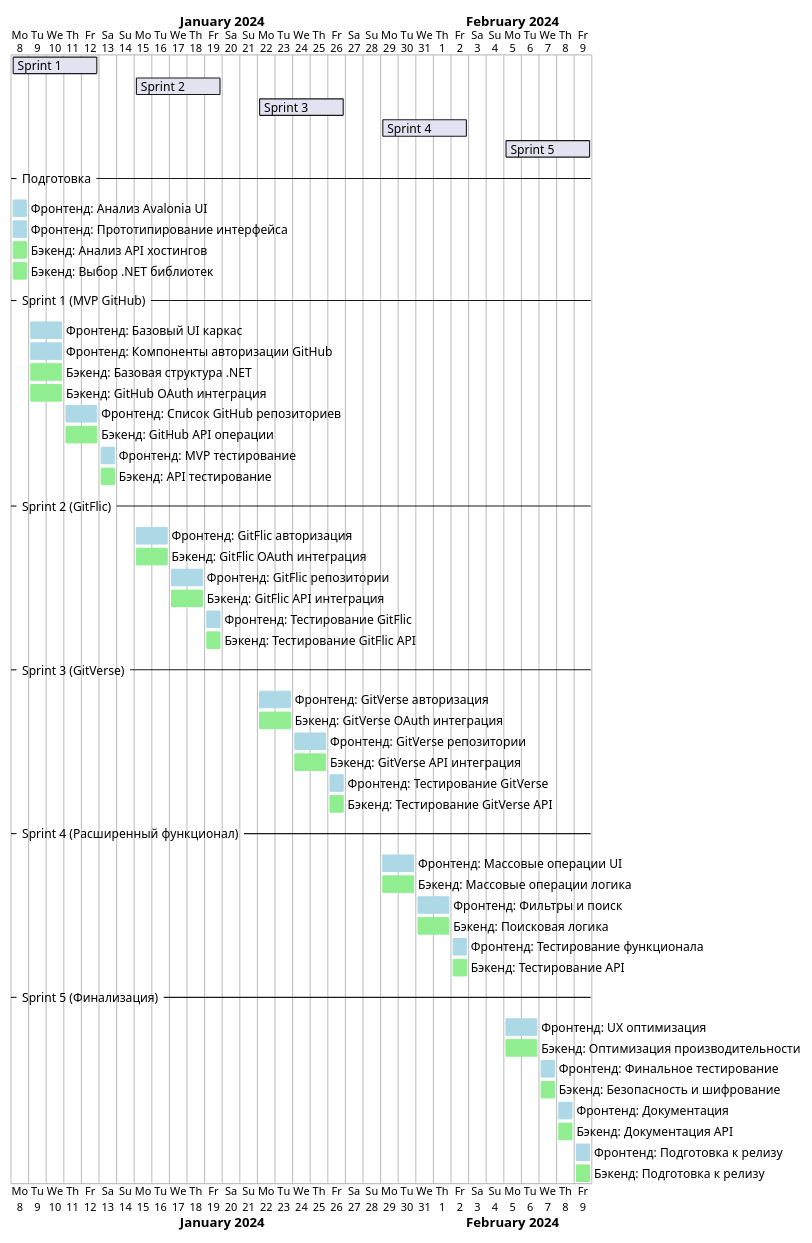
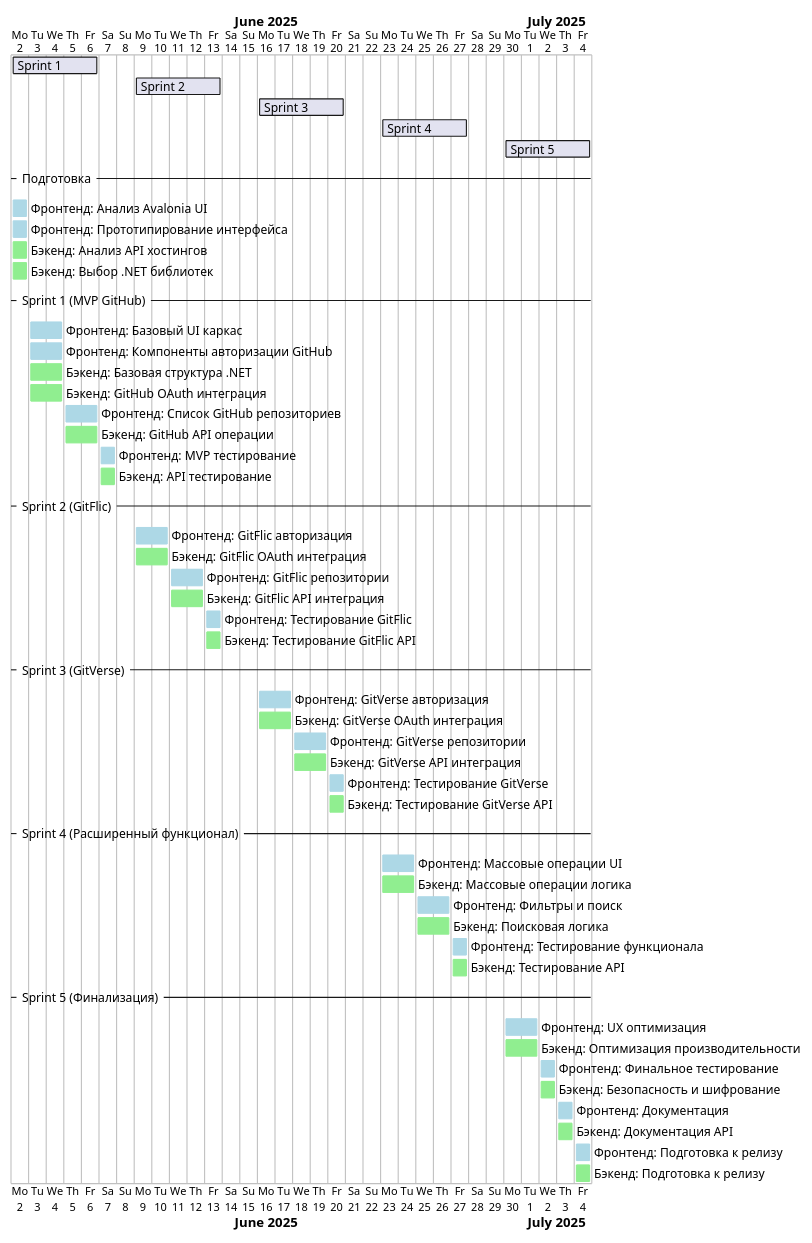
One commit to Hyakkkimaru/123 changed the diagram in Diagrams/gantt_diagram.puml. Above: the diagram before and after it, drawn with PlantUML.

Commit message:
fix diagrams

```diff
--- a/Diagrams/gantt_diagram.puml
+++ b/Diagrams/gantt_diagram.puml
@@ -1,100 +1,100 @@
 @startgantt
-project starts 2024-01-08
+project starts 2025-06-02
 
-[Sprint 1] starts 2024-01-08 and lasts 5 days
-[Sprint 2] starts 2024-01-15 and lasts 5 days
-[Sprint 3] starts 2024-01-22 and lasts 5 days
-[Sprint 4] starts 2024-01-29 and lasts 5 days
-[Sprint 5] starts 2024-02-05 and lasts 5 days
+[Sprint 1] starts 2025-06-02 and lasts 5 days
+[Sprint 2] starts 2025-06-09 and lasts 5 days
+[Sprint 3] starts 2025-06-16 and lasts 5 days
+[Sprint 4] starts 2025-06-23 and lasts 5 days
+[Sprint 5] starts 2025-06-30 and lasts 5 days
 
 -- Подготовка --
-[Фронтенд: Анализ Avalonia UI] as [UI1] starts 2024-01-08 and ends 2024-01-08
-[Фронтенд: Прототипирование интерфейса] as [UI2] starts 2024-01-08 and ends 2024-01-08
-[Бэкенд: Анализ API хостингов] as [L1] starts 2024-01-08 and ends 2024-01-08
-[Бэкенд: Выбор .NET библиотек] as [L2] starts 2024-01-08 and ends 2024-01-08
+[Фронтенд: Анализ Avalonia UI] as [UI1] starts 2025-06-02 and ends 2025-06-02
+[Фронтенд: Прототипирование интерфейса] as [UI2] starts 2025-06-02 and ends 2025-06-02
+[Бэкенд: Анализ API хостингов] as [L1] starts 2025-06-02 and ends 2025-06-02
+[Бэкенд: Выбор .NET библиотек] as [L2] starts 2025-06-02 and ends 2025-06-02
 
 -- Sprint 1 (MVP GitHub) --
-[Фронтенд: Базовый UI каркас] as [UI3] starts 2024-01-09 and lasts 2 days
-[Фронтенд: Компоненты авторизации GitHub] as [UI4] starts 2024-01-09 and lasts 2 days
-[Бэкенд: Базовая структура .NET] as [L3] starts 2024-01-09 and lasts 2 days
-[Бэкенд: GitHub OAuth интеграция] as [L4] starts 2024-01-09 and lasts 2 days
-[Фронтенд: Список GitHub репозиториев] as [UI5] starts 2024-01-11 and lasts 2 days
-[Бэкенд: GitHub API операции] as [L5] starts 2024-01-11 and lasts 2 days
-[Фронтенд: MVP тестирование] as [UI6] starts 2024-01-13 and lasts 1 days
-[Бэкенд: API тестирование] as [L6] starts 2024-01-13 and lasts 1 days
+[Фронтенд: Базовый UI каркас] as [UI3] starts 2025-06-03 and lasts 2 days
+[Фронтенд: Компоненты авторизации GitHub] as [UI4] starts 2025-06-03 and lasts 2 days
+[Бэкенд: Базовая структура .NET] as [L3] starts 2025-06-03 and lasts 2 days
+[Бэкенд: GitHub OAuth интеграция] as [L4] starts 2025-06-03 and lasts 2 days
+[Фронтенд: Список GitHub репозиториев] as [UI5] starts 2025-06-05 and lasts 2 days
+[Бэкенд: GitHub API операции] as [L5] starts 2025-06-05 and lasts 2 days
+[Фронтенд: MVP тестирование] as [UI6] starts 2025-06-07 and lasts 1 days
+[Бэкенд: API тестирование] as [L6] starts 2025-06-07 and lasts 1 days
 
 -- Sprint 2 (GitFlic) --
-[Фронтенд: GitFlic авторизация] as [UI7] starts 2024-01-15 and lasts 2 days
-[Бэкенд: GitFlic OAuth интеграция] as [L7] starts 2024-01-15 and lasts 2 days
-[Фронтенд: GitFlic репозитории] as [UI8] starts 2024-01-17 and lasts 2 days
-[Бэкенд: GitFlic API интеграция] as [L8] starts 2024-01-17 and lasts 2 days
-[Фронтенд: Тестирование GitFlic] as [UI9] starts 2024-01-19 and lasts 1 days
-[Бэкенд: Тестирование GitFlic API] as [L9] starts 2024-01-19 and lasts 1 days
+[Фронтенд: GitFlic авторизация] as [UI7] starts 2025-06-09 and lasts 2 days
+[Бэкенд: GitFlic OAuth интеграция] as [L7] starts 2025-06-09 and lasts 2 days
+[Фронтенд: GitFlic репозитории] as [UI8] starts 2025-06-11 and lasts 2 days
+[Бэкенд: GitFlic API интеграция] as [L8] starts 2025-06-11 and lasts 2 days
+[Фронтенд: Тестирование GitFlic] as [UI9] starts 2025-06-13 and lasts 1 days
+[Бэкенд: Тестирование GitFlic API] as [L9] starts 2025-06-13 and lasts 1 days
 
 -- Sprint 3 (GitVerse) --
-[Фронтенд: GitVerse авторизация] as [UI10] starts 2024-01-22 and lasts 2 days
-[Бэкенд: GitVerse OAuth интеграция] as [L10] starts 2024-01-22 and lasts 2 days
-[Фронтенд: GitVerse репозитории] as [UI11] starts 2024-01-24 and lasts 2 days
-[Бэкенд: GitVerse API интеграция] as [L11] starts 2024-01-24 and lasts 2 days
-[Фронтенд: Тестирование GitVerse] as [UI12] starts 2024-01-26 and lasts 1 days
-[Бэкенд: Тестирование GitVerse API] as [L12] starts 2024-01-26 and lasts 1 days
+[Фронтенд: GitVerse авторизация] as [UI10] starts 2025-06-16 and lasts 2 days
+[Бэкенд: GitVerse OAuth интеграция] as [L10] starts 2025-06-16 and lasts 2 days
+[Фронтенд: GitVerse репозитории] as [UI11] starts 2025-06-18 and lasts 2 days
+[Бэкенд: GitVerse API интеграция] as [L11] starts 2025-06-18 and lasts 2 days
+[Фронтенд: Тестирование GitVerse] as [UI12] starts 2025-06-20 and lasts 1 days
+[Бэкенд: Тестирование GitVerse API] as [L12] starts 2025-06-20 and lasts 1 days
 
 -- Sprint 4 (Расширенный функционал) --
-[Фронтенд: Массовые операции UI] as [UI13] starts 2024-01-29 and lasts 2 days
-[Бэкенд: Массовые операции логика] as [L13] starts 2024-01-29 and lasts 2 days
-[Фронтенд: Фильтры и поиск] as [UI14] starts 2024-01-31 and lasts 2 days
-[Бэкенд: Поисковая логика] as [L14] starts 2024-01-31 and lasts 2 days
-[Фронтенд: Тестирование функционала] as [UI15] starts 2024-02-02 and lasts 1 days
-[Бэкенд: Тестирование API] as [L15] starts 2024-02-02 and lasts 1 days
+[Фронтенд: Массовые операции UI] as [UI13] starts 2025-06-23 and lasts 2 days
+[Бэкенд: Массовые операции логика] as [L13] starts 2025-06-23 and lasts 2 days
+[Фронтенд: Фильтры и поиск] as [UI14] starts 2025-06-25 and lasts 2 days
+[Бэкенд: Поисковая логика] as [L14] starts 2025-06-25 and lasts 2 days
+[Фронтенд: Тестирование функционала] as [UI15] starts 2025-06-27 and lasts 1 days
+[Бэкенд: Тестирование API] as [L15] starts 2025-06-27 and lasts 1 days
 
 -- Sprint 5 (Финализация) --
-[Фронтенд: UX оптимизация] as [UI16] starts 2024-02-05 and lasts 2 days
-[Бэкенд: Оптимизация производительности] as [L16] starts 2024-02-05 and lasts 2 days
-[Фронтенд: Финальное тестирование] as [UI17] starts 2024-02-07 and lasts 1 days
-[Бэкенд: Безопасность и шифрование] as [L17] starts 2024-02-07 and lasts 1 days
-[Фронтенд: Документация] as [UI18] starts 2024-02-08 and lasts 1 days
-[Бэкенд: Документация API] as [L18] starts 2024-02-08 and lasts 1 days
-[Фронтенд: Подготовка к релизу] as [UI19] starts 2024-02-09 and lasts 1 days
-[Бэкенд: Подготовка к релизу] as [L19] starts 2024-02-09 and lasts 1 days
+[Фронтенд: UX оптимизация] as [UI16] starts 2025-06-30 and lasts 2 days
+[Бэкенд: Оптимизация производительности] as [L16] starts 2025-06-30 and lasts 2 days
+[Фронтенд: Финальное тестирование] as [UI17] starts 2025-07-02 and lasts 1 days
+[Бэкенд: Безопасность и шифрование] as [L17] starts 2025-07-02 and lasts 1 days
+[Фронтенд: Документация] as [UI18] starts 2025-07-03 and lasts 1 days
+[Бэкенд: Документация API] as [L18] starts 2025-07-03 and lasts 1 days
+[Фронтенд: Подготовка к релизу] as [UI19] starts 2025-07-04 and lasts 1 days
+[Бэкенд: Подготовка к релизу] as [L19] starts 2025-07-04 and lasts 1 days
 
 [UI1] is colored in LightBlue
 [UI2] is colored in LightBlue
 [UI3] is colored in LightBlue
 [UI4] is colored in LightBlue
 [UI5] is colored in LightBlue
 [UI6] is colored in LightBlue
 [UI7] is colored in LightBlue
 [UI8] is colored in LightBlue
 [UI9] is colored in LightBlue
 [UI10] is colored in LightBlue
 [UI11] is colored in LightBlue
 [UI12] is colored in LightBlue
 [UI13] is colored in LightBlue
 [UI14] is colored in LightBlue
 [UI15] is colored in LightBlue
 [UI16] is colored in LightBlue
 [UI17] is colored in LightBlue
 [UI18] is colored in LightBlue
 [UI19] is colored in LightBlue
 
 [L1] is colored in LightGreen
 [L2] is colored in LightGreen
 [L3] is colored in LightGreen
 [L4] is colored in LightGreen
 [L5] is colored in LightGreen
 [L6] is colored in LightGreen
 [L7] is colored in LightGreen
 [L8] is colored in LightGreen
 [L9] is colored in LightGreen
 [L10] is colored in LightGreen
 [L11] is colored in LightGreen
 [L12] is colored in LightGreen
 [L13] is colored in LightGreen
 [L14] is colored in LightGreen
 [L15] is colored in LightGreen
 [L16] is colored in LightGreen
 [L17] is colored in LightGreen
 [L18] is colored in LightGreen
 [L19] is colored in LightGreen
 
 @endgantt 
```
